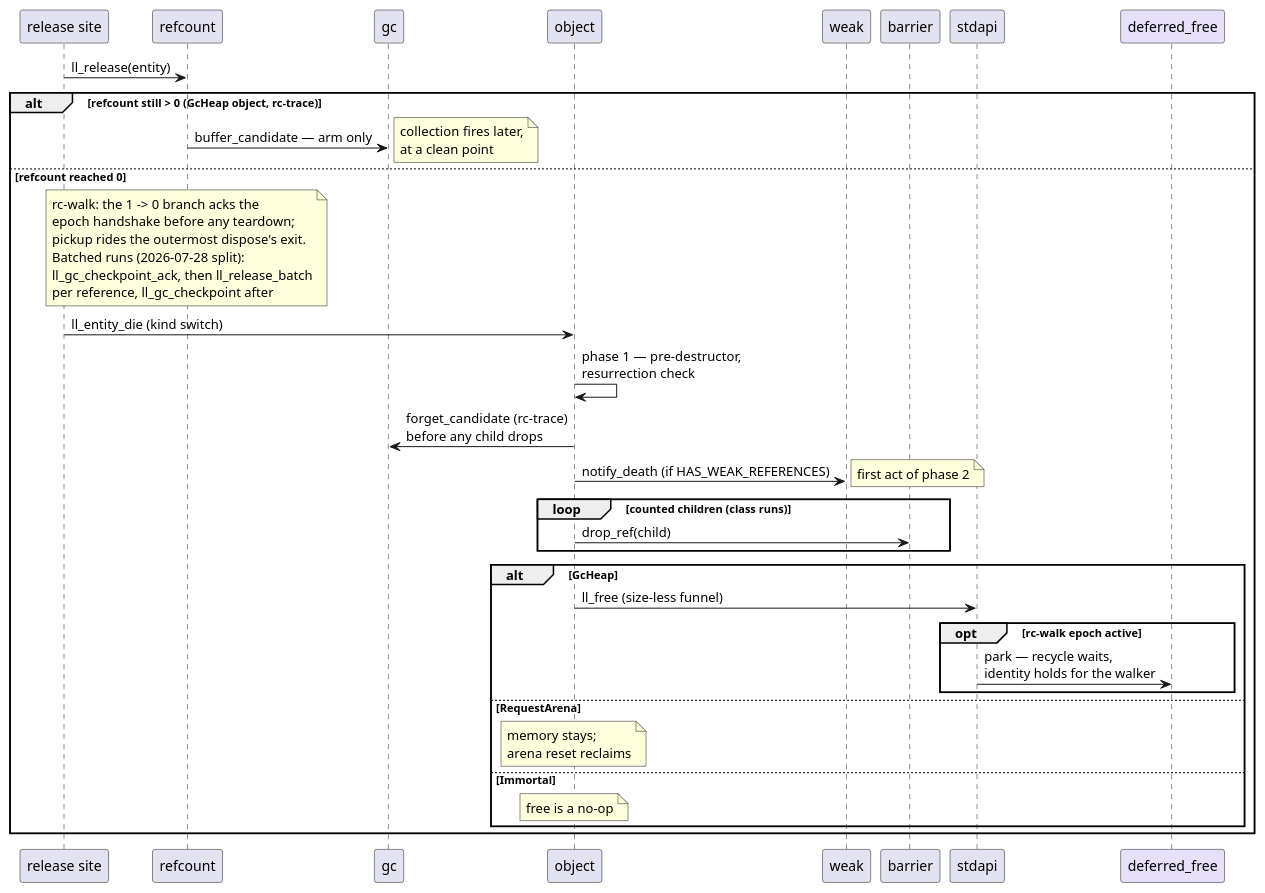
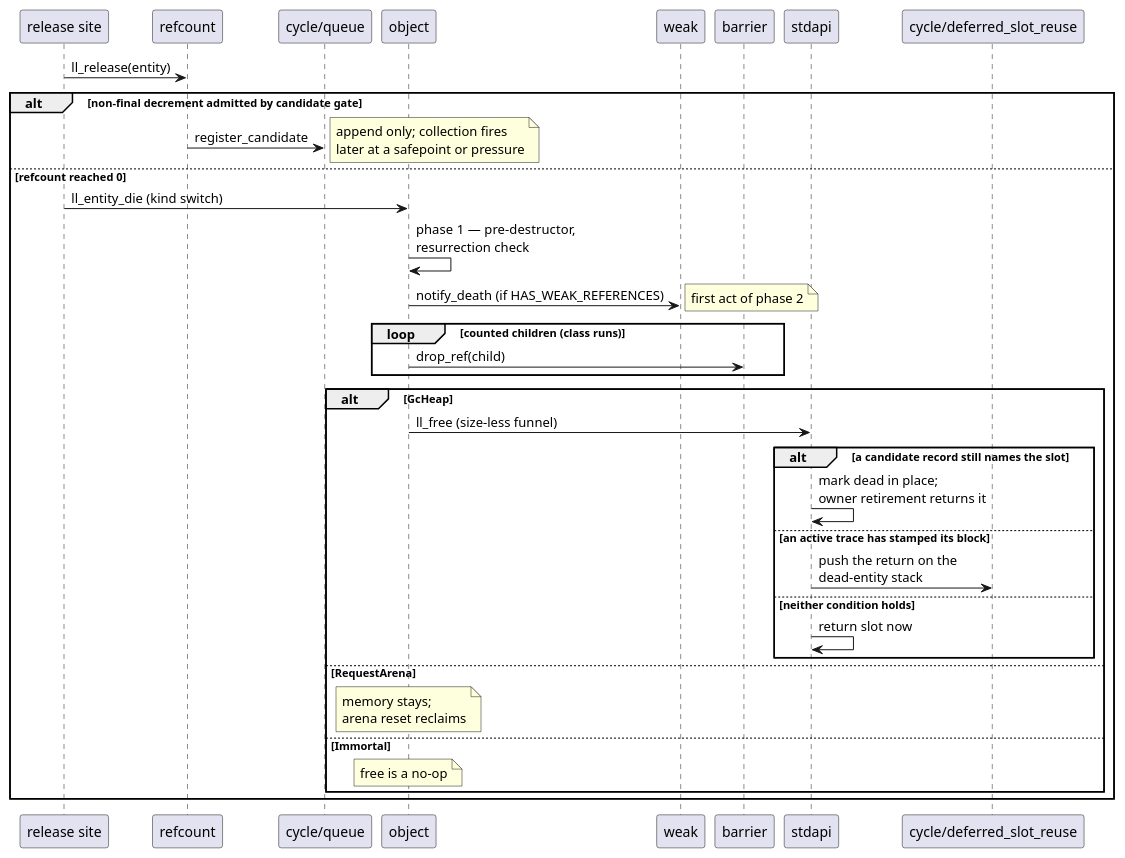
One commit to limelight-lang/model changed the fifth of 7 diagrams in docs/architecture.md. Above: the diagram before and after it, drawn with PlantUML. The commit also changed other lines of this file and 3 other files, not shown here.

````diff
--- a/docs/architecture.md
+++ b/docs/architecture.md
@@ -293,39 +295,41 @@
 ```plantuml
 @startuml
 skinparam shadowing false
 participant "release site" as site
 participant refcount
-participant gc
+participant "cycle/queue" as queue
 participant object
 participant weak
 participant barrier
 participant stdapi
-participant deferred_free as deferred #E6E0F8
+participant "cycle/deferred_slot_reuse" as reuse
 
 site -> refcount : ll_release(entity)
-alt refcount still > 0 (GcHeap object, rc-trace)
-  refcount -> gc : buffer_candidate — arm only
-  note right : collection fires later,\nat a clean point
+alt non-final decrement admitted by candidate gate
+  refcount -> queue : register_candidate
+  note right : append only; collection fires\nlater at a safepoint or pressure
 else refcount reached 0
-  note over refcount : rc-walk: the 1 -> 0 branch acks the\nepoch handshake before any teardown;\npickup rides the outermost dispose's exit.\nBatched runs (2026-07-28 split):\nll_gc_checkpoint_ack, then ll_release_batch\nper reference, ll_gc_checkpoint after
   site -> object : ll_entity_die (kind switch)
   object -> object : phase 1 — pre-destructor,\nresurrection check
-  object -> gc : forget_candidate (rc-trace)\nbefore any child drops
   object -> weak : notify_death (if HAS_WEAK_REFERENCES)
   note right : first act of phase 2
   loop counted children (class runs)
     object -> barrier : drop_ref(child)
   end
   alt GcHeap
     object -> stdapi : ll_free (size-less funnel)
-    opt rc-walk epoch active
-      stdapi -> deferred : park — recycle waits,\nidentity holds for the walker
+    alt a candidate record still names the slot
+      stdapi -> stdapi : mark dead in place;\nowner retirement returns it
+    else an active trace has stamped its block
+      stdapi -> reuse : push the return on the\ndead-entity stack
+    else neither condition holds
+      stdapi -> stdapi : return slot now
     end
   else RequestArena
     note over object : memory stays;\narena reset reclaims
   else Immortal
     note over object : free is a no-op
   end
 end
 @enduml
 ```
````
